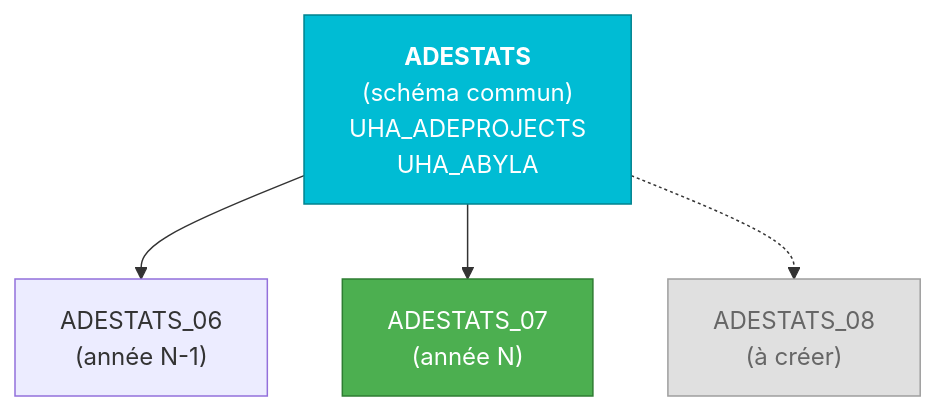
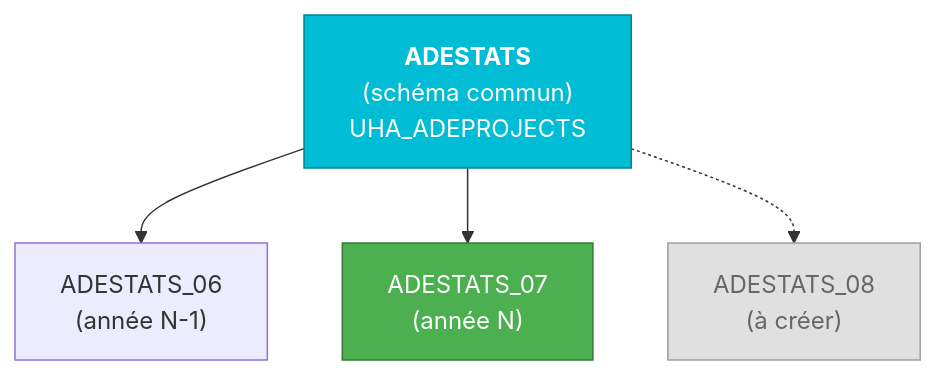
The third of 3 diagrams in README.md (gpilliat/adestats-documentation), drawn with Mermaid before and after one commit.

````diff
--- a/README.md
+++ b/README.md
@@ -124,15 +124,15 @@
 ```mermaid
 graph TD
-    COMMON["<b>ADESTATS</b><br/>(schéma commun)<br/>UHA_ADEPROJECTS<br/>UHA_ABYLA"]
+    COMMON["<b>ADESTATS</b><br/>(schéma commun)<br/>UHA_ADEPROJECTS"]
     S06["ADESTATS_06<br/>(année N-1)"]
     S07["ADESTATS_07<br/>(année N)"]
     S08["ADESTATS_08<br/>(à créer)"]
 
     COMMON --> S06
     COMMON --> S07
     COMMON -.-> S08
 
     style COMMON fill:#00BCD4,stroke:#00838F,color:#fff
     style S07 fill:#4CAF50,stroke:#2E7D32,color:#fff
     style S08 fill:#E0E0E0,stroke:#9E9E9E,color:#666
 ```
````
